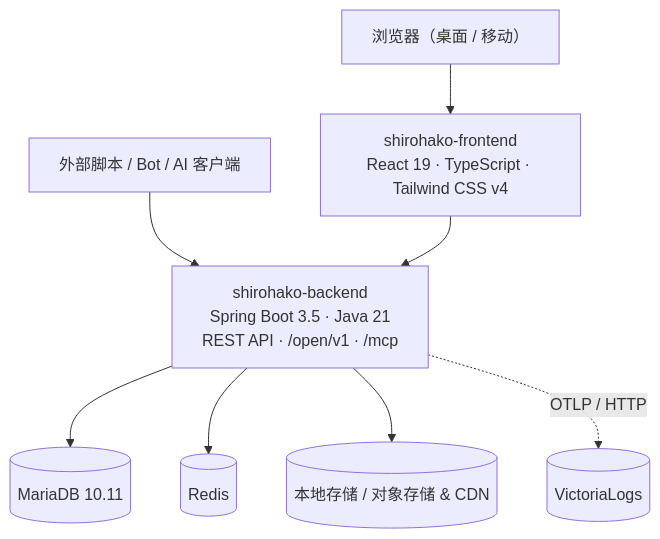
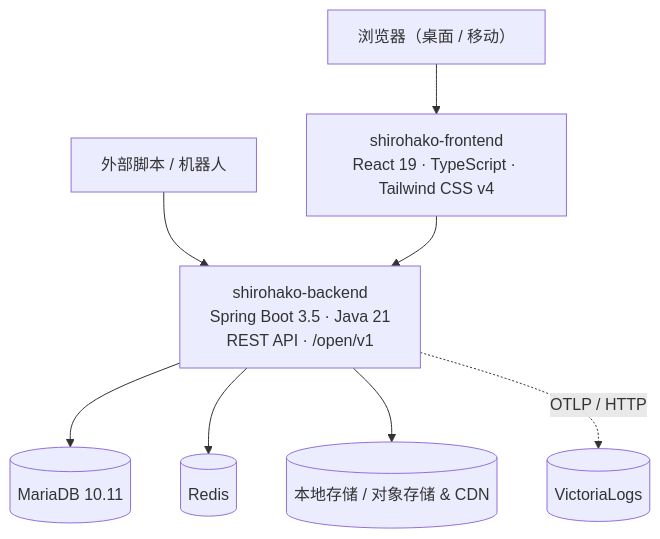
The second of 2 diagrams in README.md (longlian-online/ShiroHako), drawn with Mermaid before and after one commit. The commit also changed other lines of this file and 3 other files, not shown here.

````diff
--- a/README.md
+++ b/README.md
@@ -122,10 +121,10 @@
 ```mermaid
 flowchart TB
     User["浏览器（桌面 / 移动）"] --> FE["shirohako-frontend<br/>React 19 · TypeScript · Tailwind CSS v4"]
-    Bot["外部脚本 / Bot / AI 客户端"] --> API["shirohako-backend<br/>Spring Boot 3.5 · Java 21<br/>REST API · /open/v1 · /mcp"]
+    Bot["外部脚本 / 机器人"] --> API["shirohako-backend<br/>Spring Boot 3.5 · Java 21<br/>REST API · /open/v1"]
     FE --> API
     API --> DB[("MariaDB 10.11")]
     API --> Cache[("Redis")]
     API --> Storage[("本地存储 / 对象存储 & CDN")]
     API -. "OTLP / HTTP" .-> Logs[("VictoriaLogs")]
 ```
````
